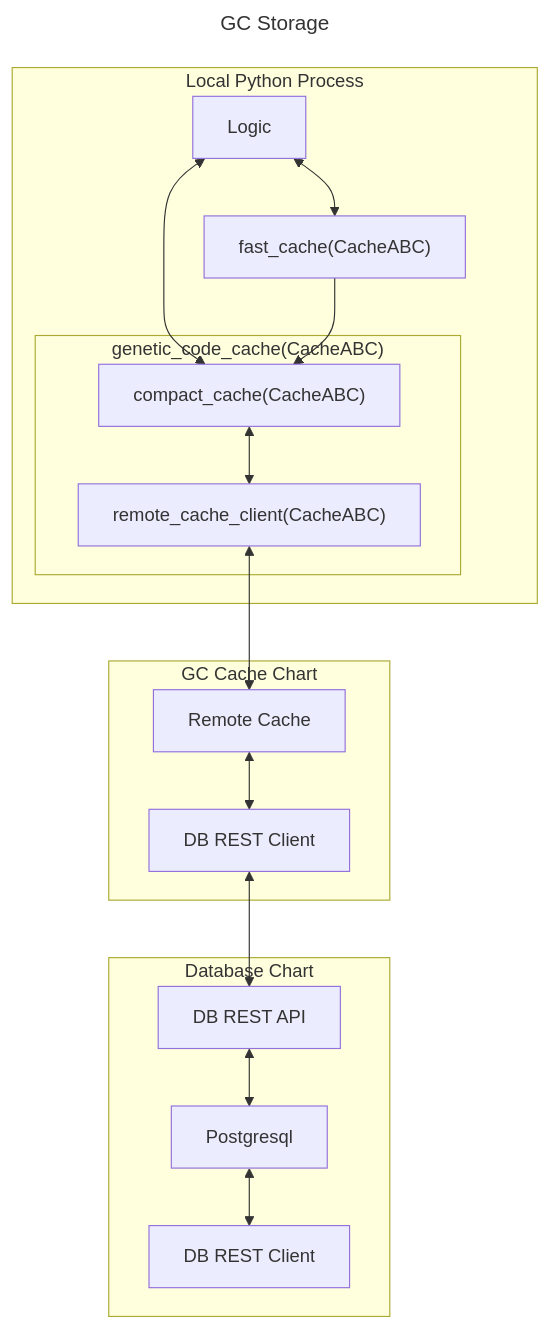
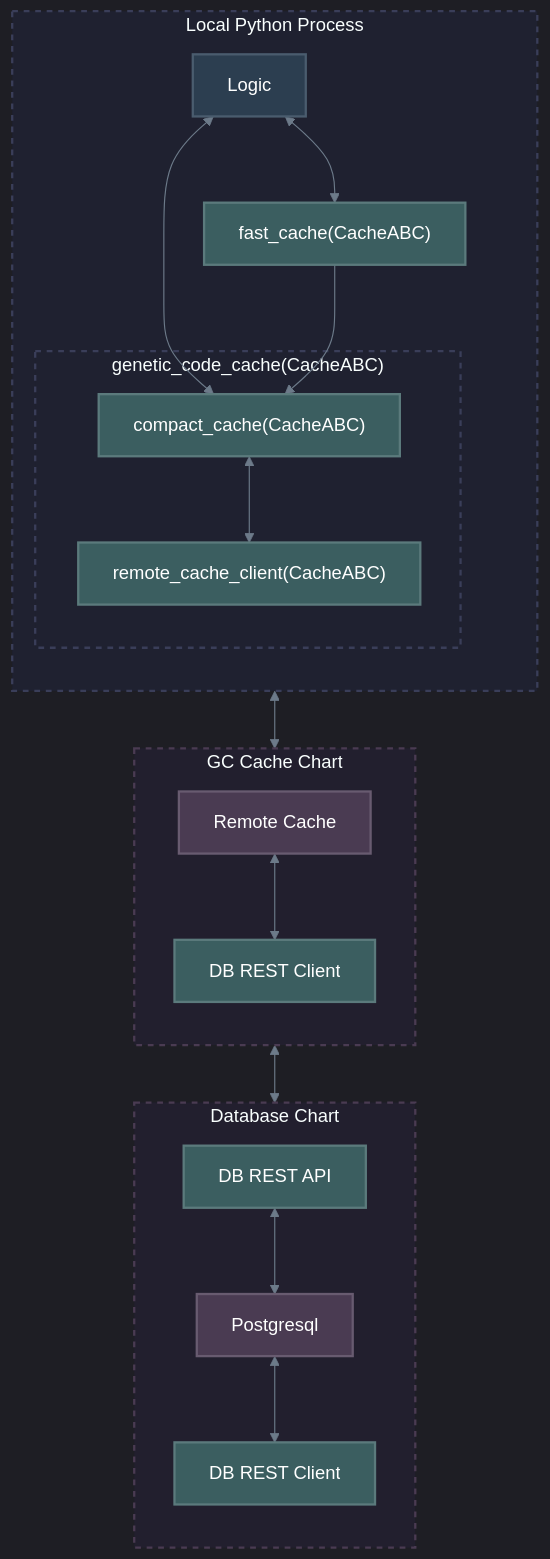
The first of 5 diagrams in docs/components/storage/stores.md (Shapedsundew9/erasmus-gp), drawn with Mermaid before and after one commit. The commit also changed other lines of this file and 21 other files, not shown here.

First line of the commit message:
Enhance Mermaid Diagrams and Color Consistency Across Documentation

````diff
--- a/docs/components/storage/stores.md
+++ b/docs/components/storage/stores.md
@@ -5,32 +5,46 @@
 ```mermaid
----
-title: GC Storage
----
+%%{init: { 'theme': 'dark', 'themeVariables': { 'lineColor': '#6c7a89', 'textColor': '#edf2f4', 'mainBkg': '#2b2d42', 'primaryBorderColor': '#4a4e69' }}}%%
 flowchart TB
+    %% Base/Default (Dark Slate)
+    classDef default fill:#2b2d42,stroke:#4a4e69,stroke-width:2px,color:#edf2f4
+    classDef dataTeal fill:#3b5e60,stroke:#5b7a7c,stroke-width:2px,color:#ffffff
+    classDef dataPlum fill:#4a3b52,stroke:#685b70,stroke-width:2px,color:#ffffff
+    classDef dataNavy fill:#2c3e50,stroke:#4a5c6e,stroke-width:2px,color:#ffffff
+    classDef zonePrimary fill:#1f2130,stroke:#3a3e59,stroke-width:2px,stroke-dasharray: 5 5
+    classDef zoneExternal fill:#221f2e,stroke:#4a3b52,stroke-width:2px,stroke-dasharray: 5 5
+
     subgraph LOCAL["Local Python Process"]
-        L["Logic"]
-        A["fast_cache(CacheABC)"]
+        direction TB
+        L["Logic"]:::dataNavy
+        A["fast_cache(CacheABC)"]:::dataTeal
         subgraph CACHE["genetic_code_cache(CacheABC)"]
-            B["compact_cache(CacheABC)"]
-            C["remote_cache_client(CacheABC)"]
+            B["compact_cache(CacheABC)"]:::dataTeal
+            C["remote_cache_client(CacheABC)"]:::dataTeal
         end
     end
     subgraph REMOTE["GC Cache Chart"]
-        D[Remote Cache]
-        E[DB REST Client]
+        direction TB
+        D[Remote Cache]:::dataPlum
+        E[DB REST Client]:::dataTeal
     end
     subgraph DB["Database Chart"]
-        F[DB REST API]
-        G[Postgresql]
-        H[DB REST Client]
+        direction TB
+        F[DB REST API]:::dataTeal
+        G[Postgresql]:::dataPlum
+        H[DB REST Client]:::dataTeal
     end
     L <--> A
     L <--> B
     A --> B
     B <--> C
     C <--> D
     D <--> E
     E <--> F
     F <--> G
     G <--> H
+
+    class LOCAL zonePrimary
+    class CACHE zonePrimary
+    class REMOTE zoneExternal
+    class DB zoneExternal
 ```
````
